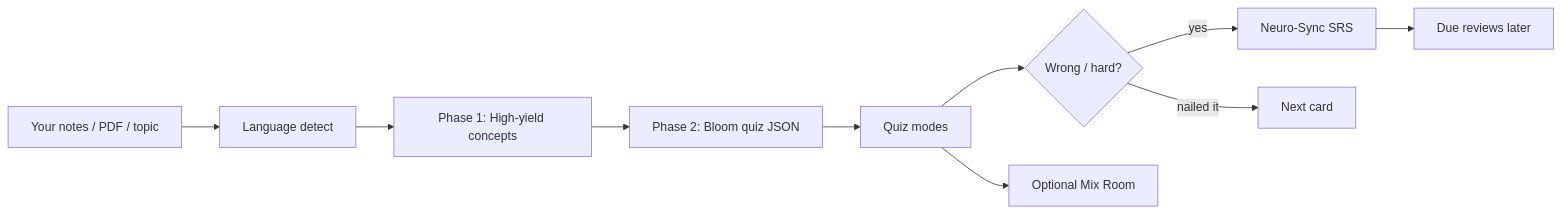
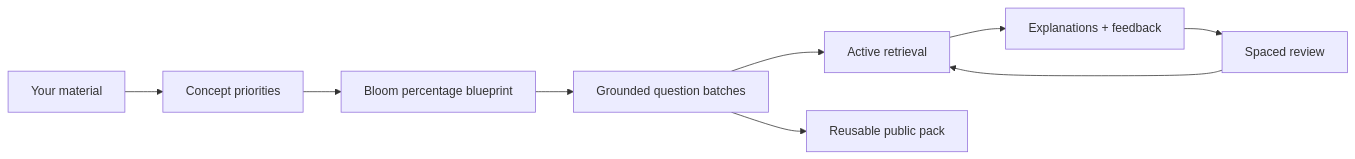
One commit to SeraKah-1/noodl changed the first of 5 diagrams in README.md. Above: the diagram before and after it, drawn with Mermaid. The commit also changed other lines of this file and 67 other files, not shown here.

````diff
--- a/README.md
+++ b/README.md
@@ -80,12 +59,11 @@
 ```mermaid
 flowchart LR
-  A[Your notes / PDF / topic] --> B[Language detect]
-  B --> C[Phase 1: High-yield concepts]
-  C --> D[Phase 2: Bloom quiz JSON]
-  D --> E[Quiz modes]
-  E --> F{Wrong / hard?}
-  F -->|yes| G[Neuro-Sync SRS]
-  G --> H[Due reviews later]
-  F -->|nailed it| I[Next card]
-  E --> J[Optional Mix Room]
+    A["Your material"] --> B["Concept priorities"]
+    B --> C["Bloom percentage blueprint"]
+    C --> D["Grounded question batches"]
+    D --> E["Active retrieval"]
+    E --> F["Explanations + feedback"]
+    F --> G["Spaced review"]
+    G --> E
+    D --> H["Reusable public pack"]
 ```
````
